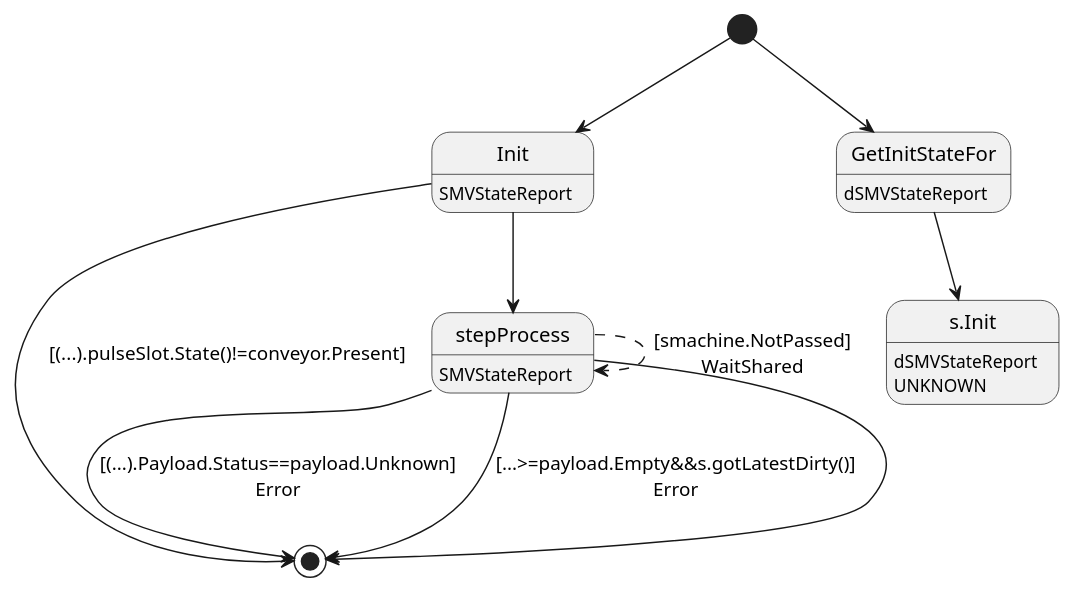
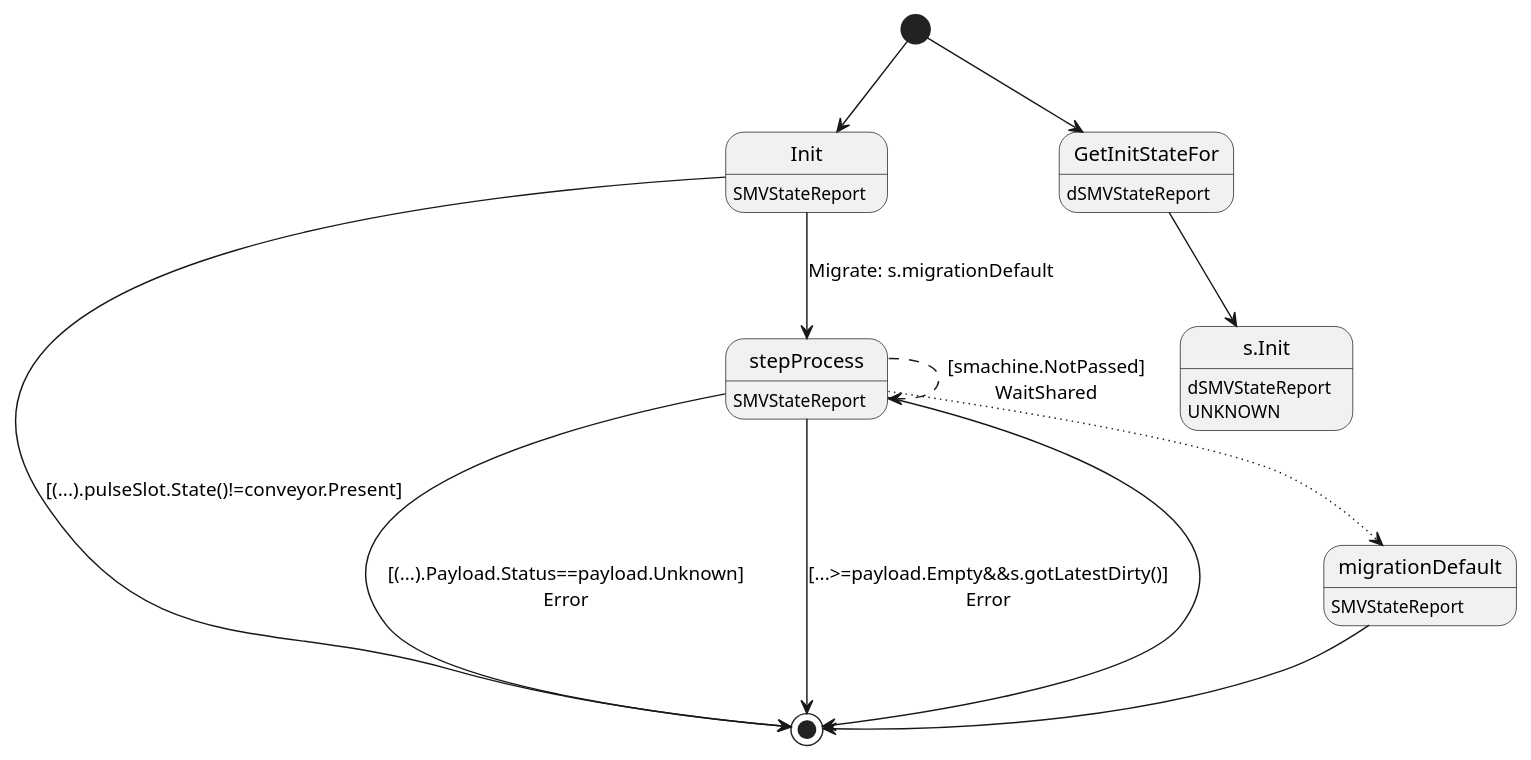
The diagram in ledger-core/virtual/handlers/vstatereport.plantuml (insolar/assured-ledger), drawn with PlantUML before and after one commit. The commit also changed 7 other files, not shown here.

```diff
--- a/ledger-core/virtual/handlers/vstatereport.plantuml
+++ b/ledger-core/virtual/handlers/vstatereport.plantuml
@@ -1,20 +1,24 @@
 @startuml
 state "Init" as T01_S001
 T01_S001 : SMVStateReport
 [*] --> T01_S001
 T01_S001 --> [*] : [(...).pulseSlot.State()!=conveyor.Present]
-T01_S001 --> T01_S002
-state "stepProcess" as T01_S002
+T01_S001 --> T01_S003 : Migrate: s.migrationDefault
+state "migrationDefault" as T01_S002
 T01_S002 : SMVStateReport
-T01_S002 --> [*] : [(...).Payload.Status==payload.Unknown]\nError
-T01_S002 --> [*] : [...>=payload.Empty&&s.gotLatestDirty()]\nError
-T01_S002 --[dashed]> T01_S002 : [smachine.NotPassed]\nWaitShared
 T01_S002 --> [*]
+state "stepProcess" as T01_S003
+T01_S003 : SMVStateReport
+T01_S003 --[dotted]> T01_S002
+T01_S003 --> [*] : [(...).Payload.Status==payload.Unknown]\nError
+T01_S003 --> [*] : [...>=payload.Empty&&s.gotLatestDirty()]\nError
+T01_S003 --[dashed]> T01_S003 : [smachine.NotPassed]\nWaitShared
+T01_S003 --> [*]
 state "GetInitStateFor" as T00_S001
 T00_S001 : dSMVStateReport
 [*] --> T00_S001
 state "s.Init" as T00_U001
 T00_U001 : dSMVStateReport
 T00_U001 : UNKNOWN 
 T00_S001 --> T00_U001
 @enduml
```
